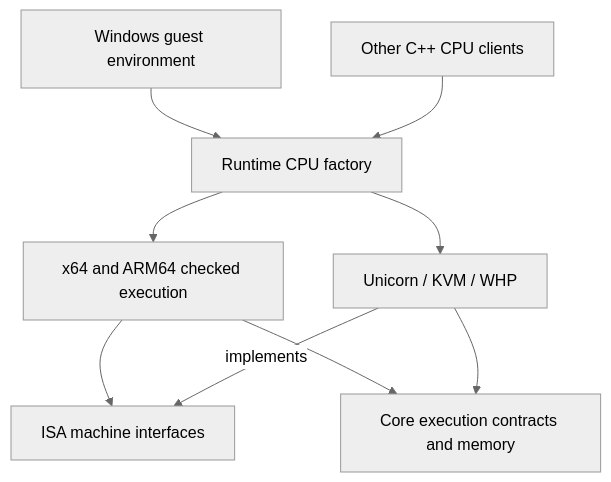
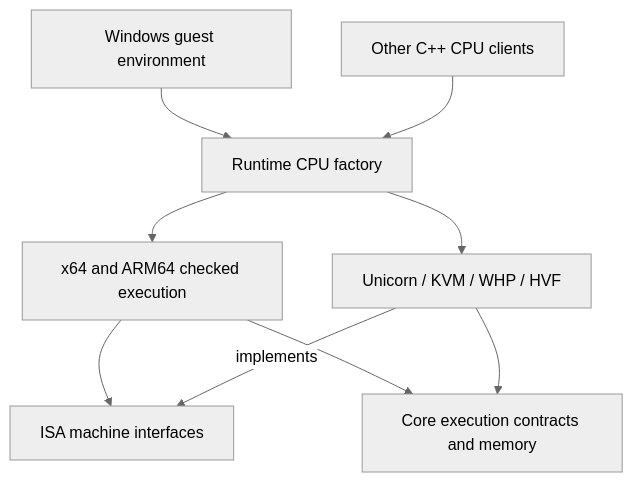
Before and after one commit to Letenz/NeverD: the second of 2 diagrams in docs/architecture.md, drawn with Mermaid (neutral theme). The commit also changed other lines of this file and 21 other files, not shown here.

````diff
--- a/docs/architecture.md
+++ b/docs/architecture.md
@@ -1421,11 +1424,11 @@
 ```mermaid
 flowchart TD
   Windows[Windows guest environment] --> Runtime[Runtime CPU factory]
   Client[Other C++ CPU clients] --> Runtime
   Runtime --> ISA[x64 and ARM64 checked execution]
-  Runtime --> Transport[Unicorn / KVM / WHP]
+  Runtime --> Transport[Unicorn / KVM / WHP / HVF]
   ISA --> Machine[ISA machine interfaces]
   Transport -->|implements| Machine
   ISA --> Core[Core execution contracts and memory]
   Transport --> Core
 ```
````
